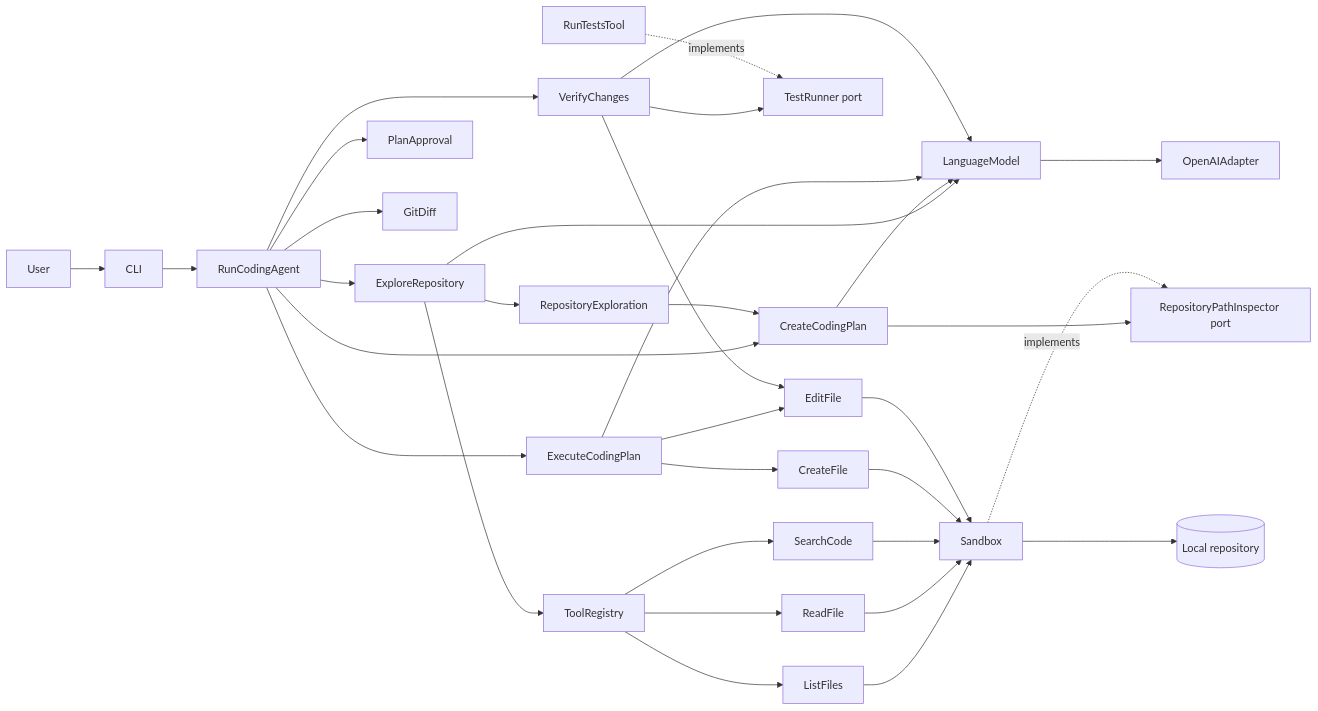
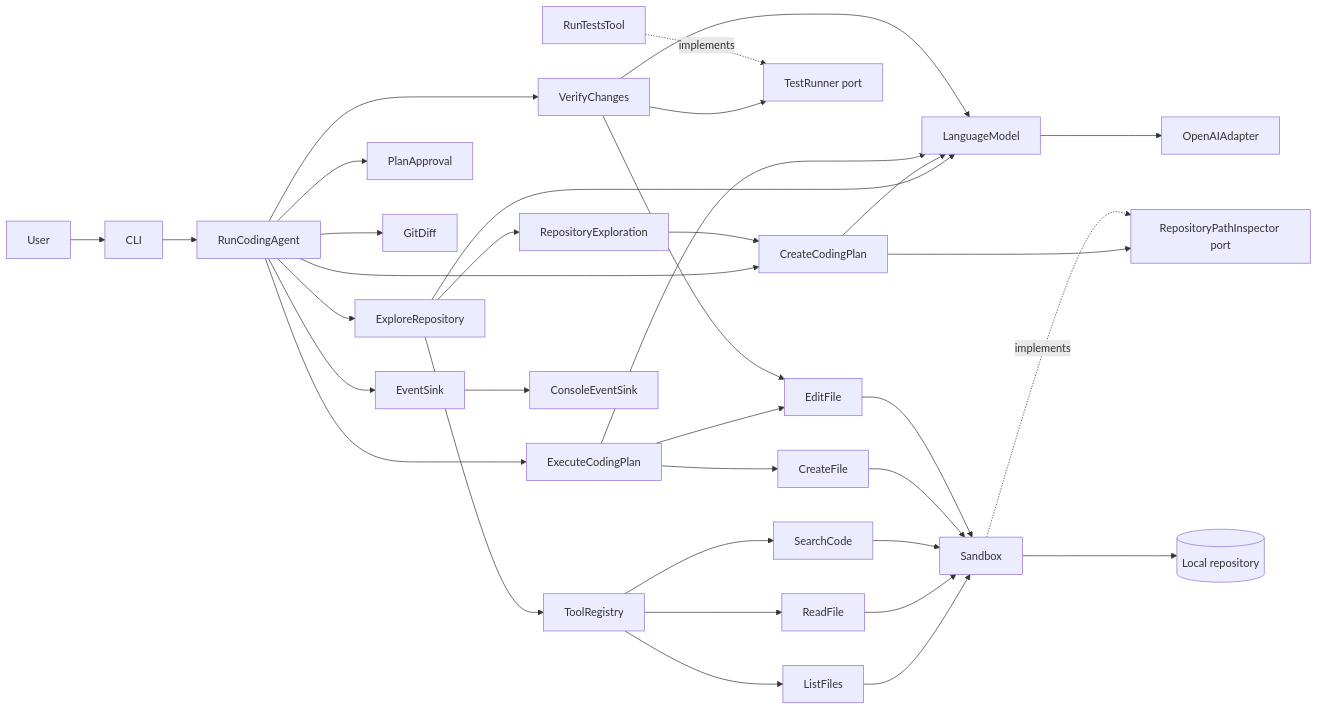
Before and after one commit to ArianeZan/mini-code: the first of 2 diagrams in docs/technical-architecture.md, drawn with Mermaid. The commit also changed other lines of this file and 17 other files, not shown here.

````diff
--- a/docs/technical-architecture.md
+++ b/docs/technical-architecture.md
@@ -7,35 +7,37 @@
 ```mermaid
 flowchart LR
     User --> CLI
     CLI --> RunCodingAgent
     RunCodingAgent --> ExploreRepository
     RunCodingAgent --> CreateCodingPlan
     RunCodingAgent --> PlanApproval
     RunCodingAgent --> ExecuteCodingPlan
     RunCodingAgent --> VerifyChanges
     RunCodingAgent --> GitDiff
+    RunCodingAgent --> EventSink
     ExploreRepository --> ExplorationResult[RepositoryExploration]
     ExplorationResult --> CreateCodingPlan
     ExploreRepository --> LanguageModel
     CreateCodingPlan --> LanguageModel
     ExecuteCodingPlan --> LanguageModel
     VerifyChanges --> LanguageModel
     VerifyChanges --> TestRunner[TestRunner port]
     CreateCodingPlan --> PathInspector[RepositoryPathInspector port]
     ExploreRepository --> ToolRegistry
     LanguageModel --> OpenAIAdapter
     ToolRegistry --> ListFiles
     ToolRegistry --> ReadFile
     ToolRegistry --> SearchCode
     ListFiles --> Sandbox
     ReadFile --> Sandbox
     SearchCode --> Sandbox
     Sandbox --> Repository[(Local repository)]
     Sandbox -. implements .-> PathInspector
     ExecuteCodingPlan --> CreateFile
     ExecuteCodingPlan --> EditFile
     CreateFile --> Sandbox
     EditFile --> Sandbox
     VerifyChanges --> EditFile
     RunTestsTool -. implements .-> TestRunner
+    EventSink --> ConsoleEventSink
 ```
````
